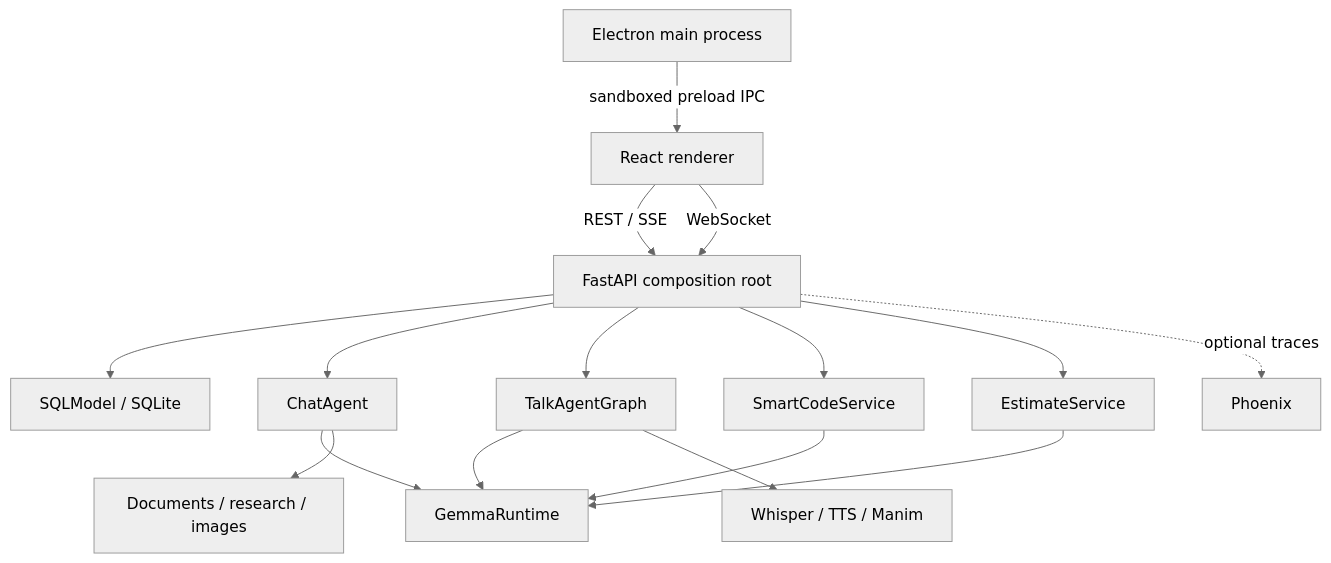
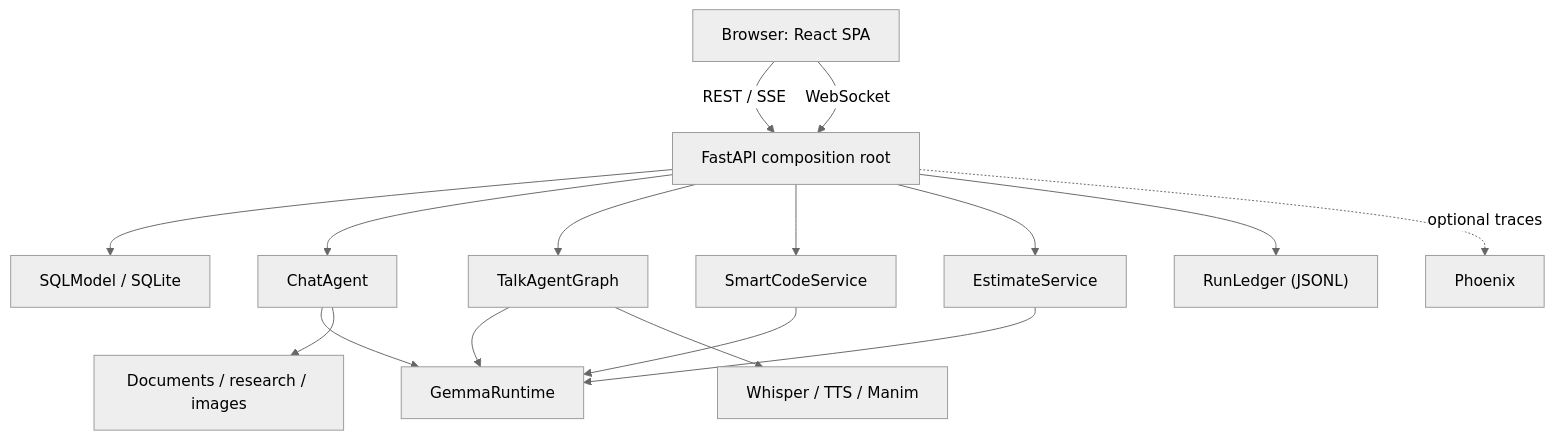
Before and after one commit to vasipallys/Devvy: the diagram in APPLICATION_SPEC.md, drawn with Mermaid (neutral theme). The commit also changed other lines of this file and 42 other files, not shown here.

````diff
--- a/APPLICATION_SPEC.md
+++ b/APPLICATION_SPEC.md
@@ -114,18 +121,18 @@
 ```mermaid
 flowchart TD
-  E["Electron main process"] -->|"sandboxed preload IPC"| R["React renderer"]
-  R -->|"REST / SSE"| F["FastAPI composition root"]
-  R -->|"WebSocket"| F
+  B["Browser: React SPA"] -->|"REST / SSE"| F["FastAPI composition root"]
+  B -->|"WebSocket"| F
   F --> D["SQLModel / SQLite"]
   F --> C["ChatAgent"]
   F --> T["TalkAgentGraph"]
   F --> S["SmartCodeService"]
   F --> P["EstimateService"]
   C --> M["GemmaRuntime"]
   T --> M
   S --> M
   P --> M
   C --> X["Documents / research / images"]
   T --> V["Whisper / TTS / Manim"]
+  F --> L["RunLedger (JSONL)"]
   F -. "optional traces" .-> O["Phoenix"]
 ```
````
